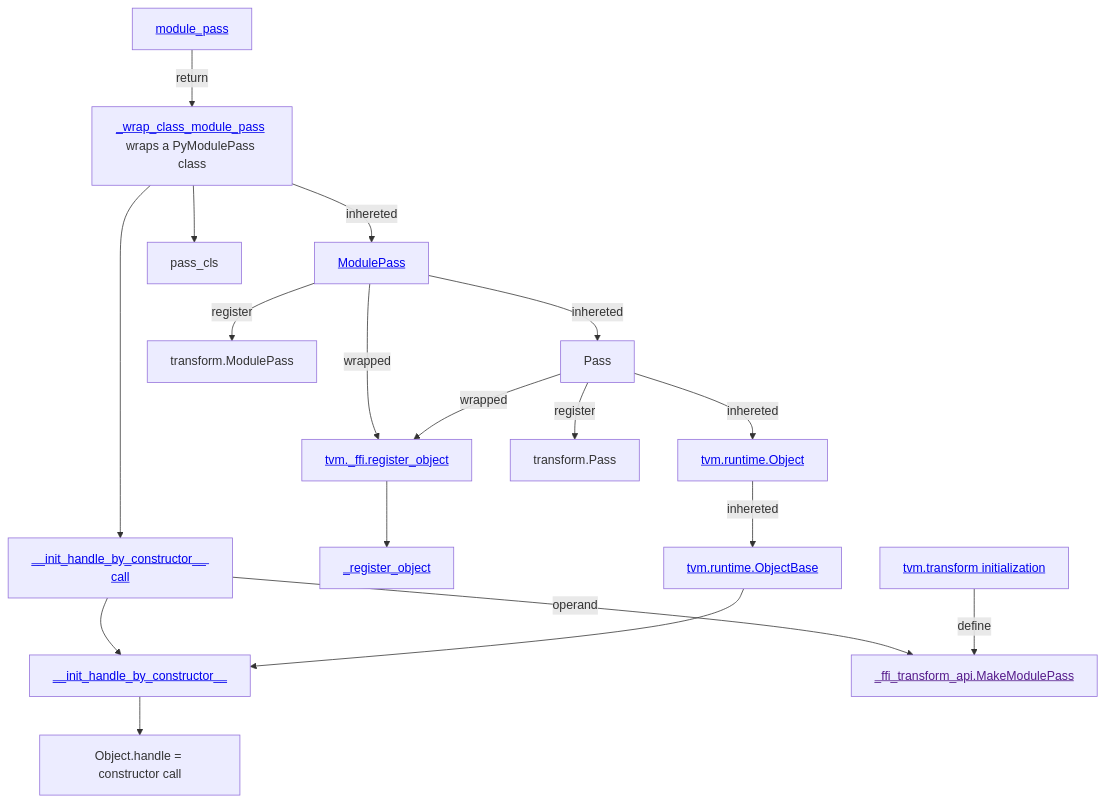
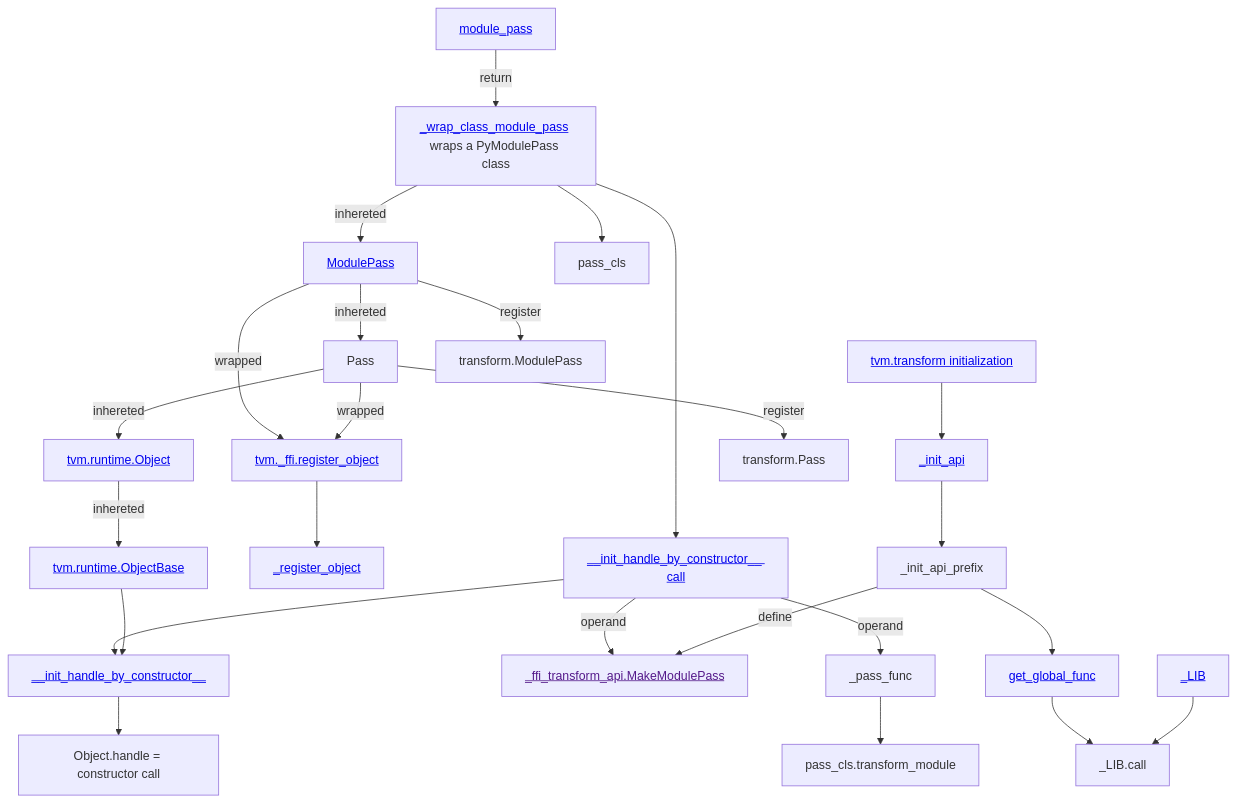
Before and after one commit to w32zhong/BitBLAS: the second of 2 diagrams in README.md, drawn with Mermaid. The commit also changed other lines of this file, not shown here.

````diff
--- a/README.md
+++ b/README.md
@@ -83,27 +83,33 @@
 ```mermaid
 graph TD;
    module_pass[<a href="https://github.com/LeiWang1999/tvm/blob/618306ce3baa2c606d43856afbe6655e4e67b2c8/python/tvm/ir/transform.py#L325">module_pass</a>]
    _wrap_class_module_pass[<a href="https://github.com/LeiWang1999/tvm/tree/618306ce3baa2c606d43856afbe6655e4e67b2c8/python/tvm/ir/transform.py#L293">_wrap_class_module_pass</a> wraps a PyModulePass class]
    __init_handle_by_constructor__call[<a href="https://github.com/LeiWang1999/tvm/tree/618306ce3baa2c606d43856afbe6655e4e67b2c8/python/tvm/ir/transform.py#L309">__init_handle_by_constructor__ call</a>]
    ModulePass[<a href="https://github.com/LeiWang1999/tvm/blob/618306ce3baa2c606d43856afbe6655e4e67b2c8/python/tvm/ir/transform.py#L242">ModulePass</a>]
    register_object[<a href="https://github.com/LeiWang1999/tvm/blob/618306ce3baa2c606d43856afbe6655e4e67b2c8/python/tvm/_ffi/registry.py#L41-L82">tvm._ffi.register_object</a>]
    _register_object[<a href="https://github.com/LeiWang1999/tvm/blob/618306ce3baa2c606d43856afbe6655e4e67b2c8/python/tvm/_ffi/_ctypes/object.py#L42">_register_object</a>]
    tvm_runtime_obj[<a href="https://github.com/LeiWang1999/tvm/blob/618306ce3baa2c606d43856afbe6655e4e67b2c8/python/tvm/runtime/object.py#L49">tvm.runtime.Object</a>]
    tvm_runtime_obj_base[<a href="https://github.com/LeiWang1999/tvm/blob/618306ce3baa2c606d43856afbe6655e4e67b2c8/python/tvm/_ffi/_ctypes/object.py#L111">tvm.runtime.ObjectBase</a>]
    __init_handle_by_constructor__[<a href="https://github.com/LeiWang1999/tvm/blob/618306ce3baa2c606d43856afbe6655e4e67b2c8/python/tvm/_ffi/_ctypes/object.py#L125">__init_handle_by_constructor__</a>]
    handle[Object.handle = constructor call]
    MakeModulePass[<a href="">_ffi_transform_api.MakeModulePass</a>]
    _ffi_transform_api[<a href="https://github.com/LeiWang1999/tvm/blob/618306ce3baa2c606d43856afbe6655e4e67b2c8/python/tvm/ir/_ffi_transform_api.py">tvm.transform initialization</a>]
+   _init_api[<a href="https://github.com/LeiWang1999/tvm/blob/618306ce3baa2c606d43856afbe6655e4e67b2c8/python/tvm/_ffi/registry.py#L299">_init_api</a>]
+   get_global_func[<a href="https://github.com/LeiWang1999/tvm/tree/618306ce3baa2c606d43856afbe6655e4e67b2c8/python/tvm/_ffi/_ctypes/packed_func.py#L286">get_global_func</a>]
+   _LIB_init[<a href="https://github.com/LeiWang1999/tvm/blob/618306ce3baa2c606d43856afbe6655e4e67b2c8/python/tvm/_ffi/base.py#L63">_LIB</a>]
 
    module_pass -->|return| _wrap_class_module_pass --> pass_cls
    _wrap_class_module_pass --> __init_handle_by_constructor__call --> __init_handle_by_constructor__
    __init_handle_by_constructor__call -->|operand| MakeModulePass
-   _ffi_transform_api -->|define| MakeModulePass
+   __init_handle_by_constructor__call -->|operand| _pass_func --> pass_cls.transform_module
+   _ffi_transform_api --> _init_api --> _init_api_prefix --> get_global_func --> _LIB.call
+   _LIB_init --> _LIB.call
+   _init_api_prefix -->|define| MakeModulePass
    _wrap_class_module_pass -->|inhereted| ModulePass -->|inhereted| Pass  -->|inhereted| tvm_runtime_obj -->|inhereted| tvm_runtime_obj_base --> __init_handle_by_constructor__
    register_object --> _register_object 
    ModulePass -->|wrapped| register_object
    ModulePass -->|register| transform.ModulePass
    Pass -->|wrapped| register_object
    Pass -->|register| transform.Pass
    __init_handle_by_constructor__ --> handle
 ```
````
